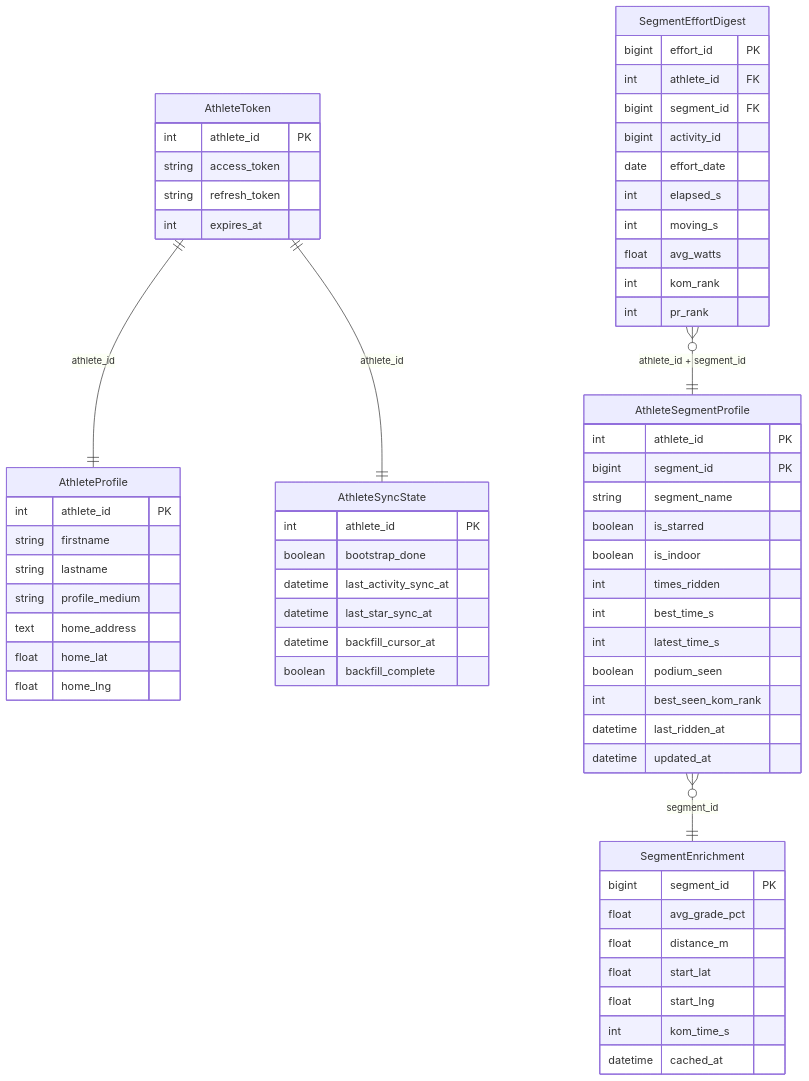
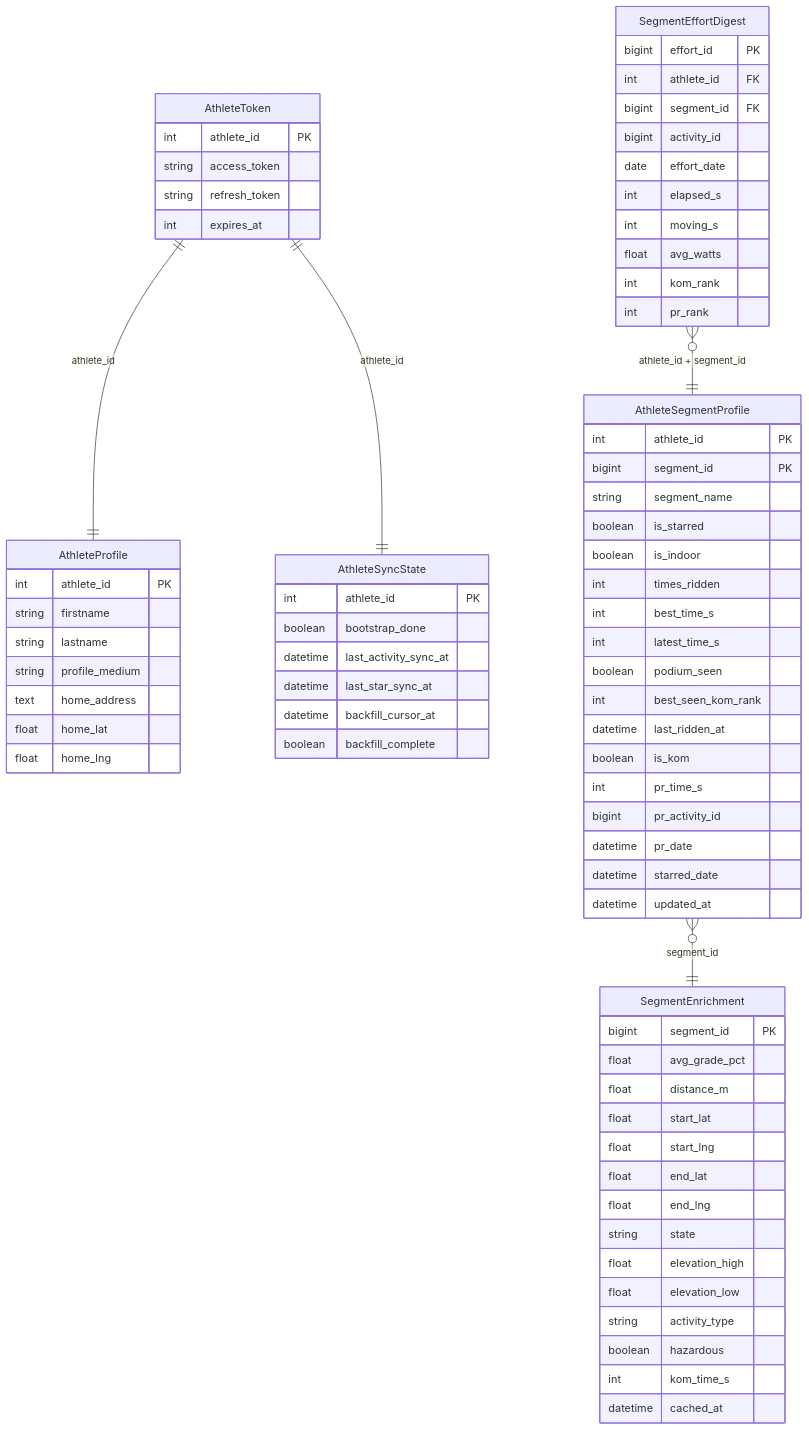
Before and after one commit to mazoo/training-tools: the diagram in docs/DATA_MODELS.md, drawn with Mermaid. The commit also changed other lines of this file and 12 other files, not shown here.

````diff
--- a/docs/DATA_MODELS.md
+++ b/docs/DATA_MODELS.md
@@ -118,66 +130,78 @@
 ```mermaid
 erDiagram
     AthleteToken {
         int athlete_id PK
         string access_token
         string refresh_token
         int expires_at
     }
     AthleteProfile {
         int athlete_id PK
         string firstname
         string lastname
         string profile_medium
         text home_address
         float home_lat
         float home_lng
     }
     AthleteSyncState {
         int athlete_id PK
         boolean bootstrap_done
         datetime last_activity_sync_at
         datetime last_star_sync_at
         datetime backfill_cursor_at
         boolean backfill_complete
     }
     SegmentEffortDigest {
         bigint effort_id PK
         int athlete_id FK
         bigint segment_id FK
         bigint activity_id
         date effort_date
         int elapsed_s
         int moving_s
         float avg_watts
         int kom_rank
         int pr_rank
     }
     AthleteSegmentProfile {
         int athlete_id PK
         bigint segment_id PK
         string segment_name
         boolean is_starred
         boolean is_indoor
         int times_ridden
         int best_time_s
         int latest_time_s
         boolean podium_seen
         int best_seen_kom_rank
         datetime last_ridden_at
+        boolean is_kom
+        int pr_time_s
+        bigint pr_activity_id
+        datetime pr_date
+        datetime starred_date
         datetime updated_at
     }
     SegmentEnrichment {
         bigint segment_id PK
         float avg_grade_pct
         float distance_m
         float start_lat
         float start_lng
+        float end_lat
+        float end_lng
+        string state
+        float elevation_high
+        float elevation_low
+        string activity_type
+        boolean hazardous
         int kom_time_s
         datetime cached_at
     }
 
     AthleteToken      ||--|| AthleteProfile     : "athlete_id"
     AthleteToken      ||--|| AthleteSyncState   : "athlete_id"
     SegmentEffortDigest }o--|| AthleteSegmentProfile : "athlete_id + segment_id"
     AthleteSegmentProfile }o--|| SegmentEnrichment  : "segment_id"
 ```
````
